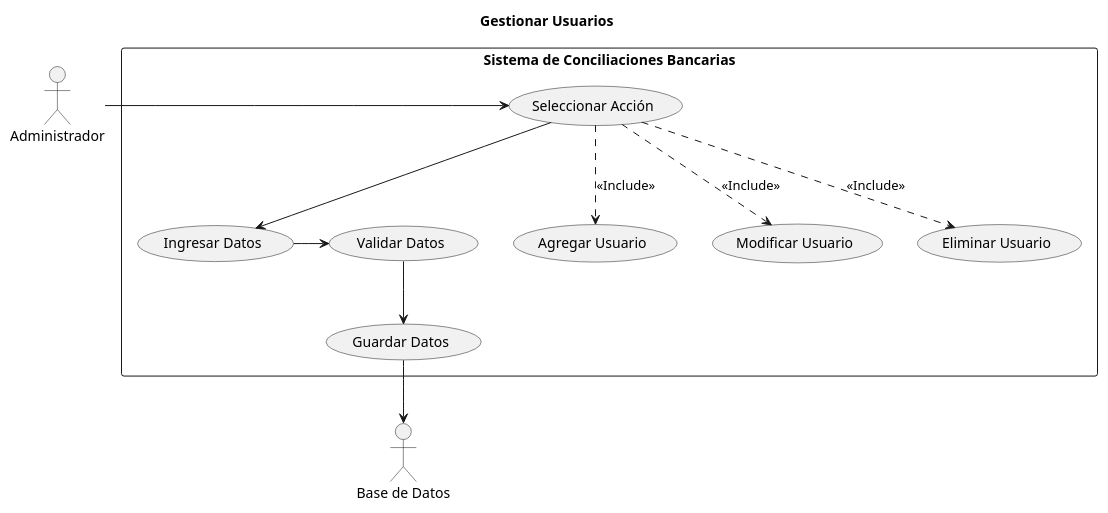
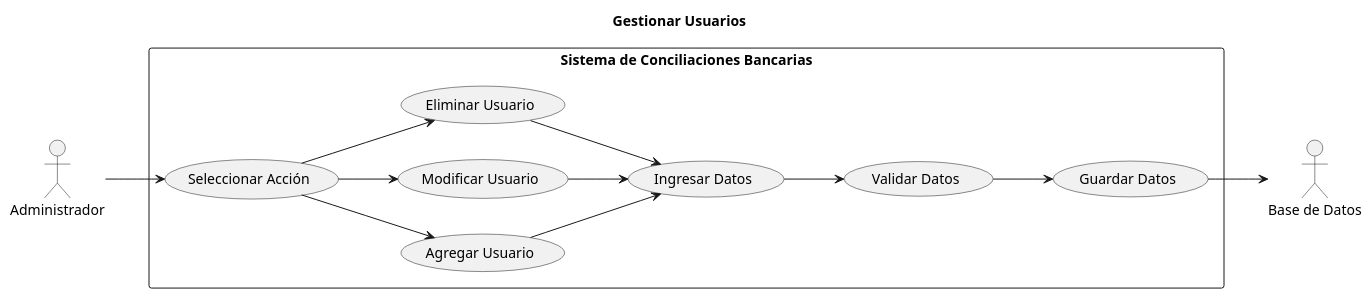
Before and after one commit to ricardouriegas/sistema-de-consilaciones-bancarias: the diagram in GestionarUsuarios.puml, drawn with PlantUML. The commit also changed 4 other files, not shown here.

```diff
--- a/GestionarUsuarios.puml
+++ b/GestionarUsuarios.puml
@@ -1,21 +1,28 @@
 @startuml GestionarUsuarios
 title Gestionar Usuarios
+left to right direction
 
 actor Administrador as admin
 actor "Base de Datos" as db
 ' checar si esta bien asi o como gestionar cuenta bancaria
 rectangle "Sistema de Conciliaciones Bancarias" {
-    admin -> (Seleccionar Acción)
+    admin --> (Seleccionar Acción)
 
-    (Seleccionar Acción) .-> (Agregar Usuario) : <<Include>>
-    (Seleccionar Acción) .-> (Modificar Usuario) : <<Include>>
-    (Seleccionar Acción) .-> (Eliminar Usuario) : <<Include>>
+    (Seleccionar Acción) --> (Agregar Usuario) 
+    (Seleccionar Acción) --> (Modificar Usuario) 
+    (Seleccionar Acción) --> (Eliminar Usuario) 
 
-    (Seleccionar Acción) --> (Ingresar Datos)
-    (Ingresar Datos) -> (Validar Datos)
-    (Validar Datos) --> (Guardar Datos)
+    ' (Seleccionar Acción) --> (Ingresar Datos) 
+    (Ingresar Datos) --> (Validar Datos)
+    '  --> (Guardar Datos)
 
+    ' (Validar Datos
+    (Agregar Usuario) --> (Ingresar Datos)
+    (Modificar Usuario) --> (Ingresar Datos)
+    (Eliminar Usuario) --> (Ingresar Datos)
+
+    (Validar Datos) --> (Guardar Datos) 
     (Guardar Datos) --> db
 }
 
 @enduml
```
